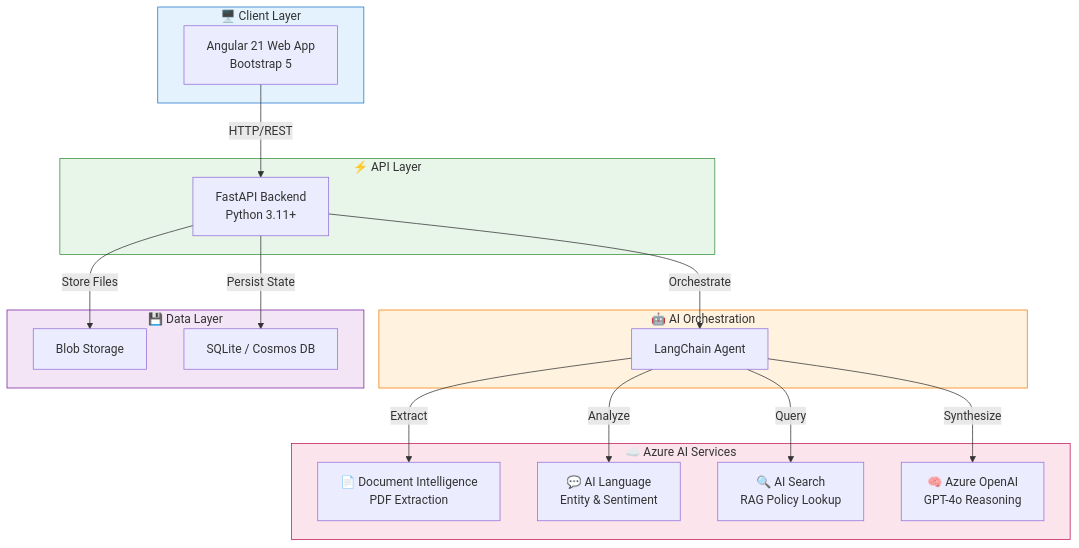
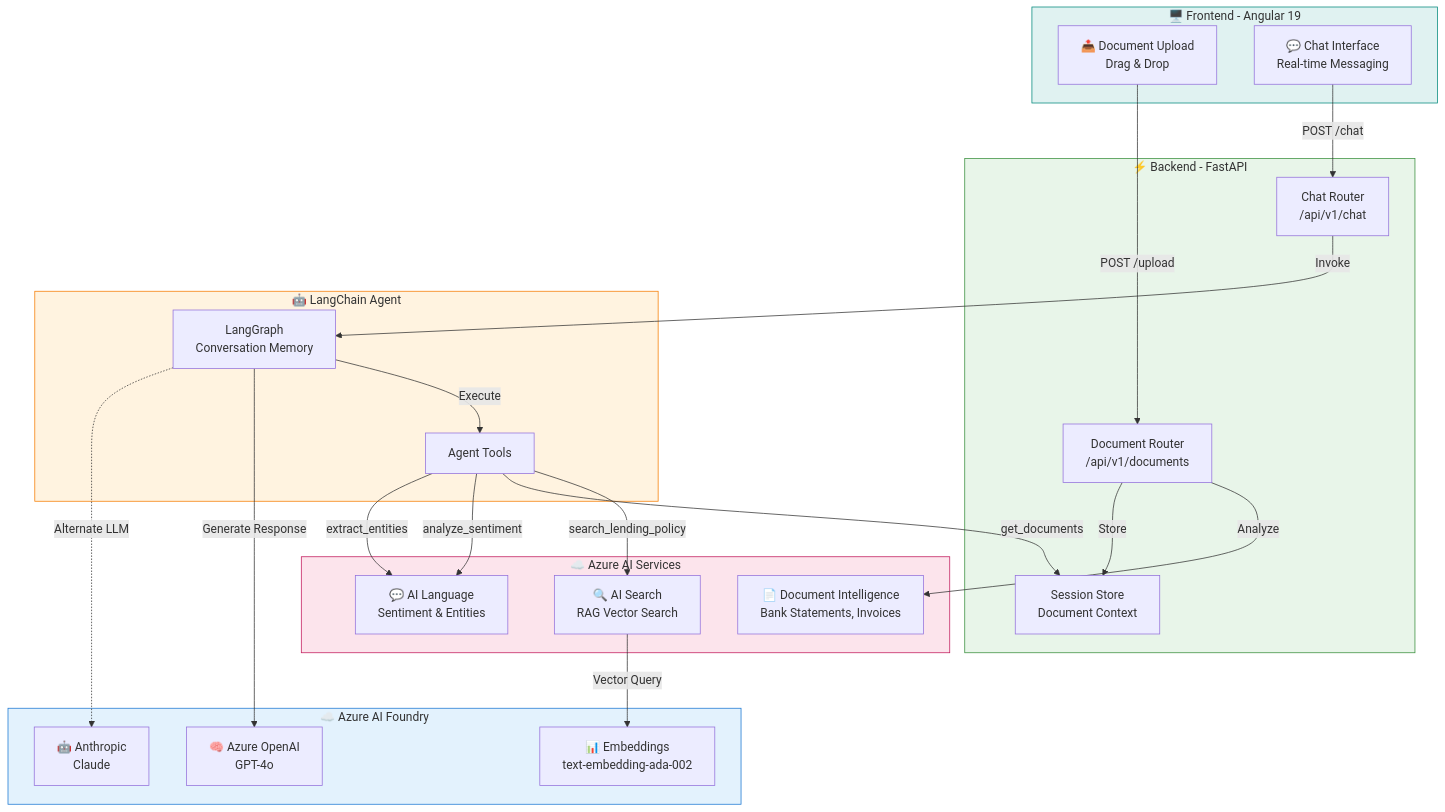
Before and after one commit to rajeswarandhandapani/ai-loan-processing-engine: the diagram in README.md, drawn with Mermaid. The commit also changed other lines of this file and 1 other file, not shown here.

Commit message:
README documentation enhanced with screenshots section showing main interface, document analysis, and chat conversation views, key features table added covering Document Intelligence, AI Chat Assistant, Policy RAG Search, Sentiment Analysis, Entity Extraction, and Session Management with corresponding Azure services, demo workflow section added with 5-step user journey from document upload through pre-qualification decision, architecture diagram updated with detailed component breakdown showing Fronten

````diff
--- a/README.md
+++ b/README.md
@@ -23,41 +58,50 @@
 ```mermaid
 flowchart TB
-    subgraph Client["🖥️ Client Layer"]
-        Web["Angular 21 Web App<br/>Bootstrap 5"]
+    subgraph Client["🖥️ Frontend - Angular 19"]
+        Upload["📤 Document Upload<br/>Drag & Drop"]
+        Chat["💬 Chat Interface<br/>Real-time Messaging"]
     end
 
-    subgraph API["⚡ API Layer"]
-        FastAPI["FastAPI Backend<br/>Python 3.11+"]
+    subgraph API["⚡ Backend - FastAPI"]
+        DocRouter["Document Router<br/>/api/v1/documents"]
+        ChatRouter["Chat Router<br/>/api/v1/chat"]
+        SessionStore["Session Store<br/>Document Context"]
     end
 
-    subgraph AI["🤖 AI Orchestration"]
-        Agent["LangChain Agent"]
+    subgraph Agent["🤖 LangChain Agent"]
+        LangGraph["LangGraph<br/>Conversation Memory"]
+        Tools["Agent Tools"]
+    end
+
+    subgraph Foundry["☁️ Azure AI Foundry"]
+        OpenAI["🧠 Azure OpenAI<br/>GPT-4o"]
+        Anthropic["🤖 Anthropic<br/>Claude"]
+        Embeddings["📊 Embeddings<br/>text-embedding-ada-002"]
     end
 
     subgraph Azure["☁️ Azure AI Services"]
-        DI["📄 Document Intelligence<br/>PDF Extraction"]
-        Lang["💬 AI Language<br/>Entity & Sentiment"]
-        Search["🔍 AI Search<br/>RAG Policy Lookup"]
-        OpenAI["🧠 Azure OpenAI<br/>GPT-4o Reasoning"]
+        DI["📄 Document Intelligence<br/>Bank Statements, Invoices"]
+        Lang["💬 AI Language<br/>Sentiment & Entities"]
+        Search["🔍 AI Search<br/>RAG Vector Search"]
     end
 
-    subgraph Data["💾 Data Layer"]
-        Storage["Blob Storage"]
-        DB["SQLite / Cosmos DB"]
-    end
+    Upload -->|POST /upload| DocRouter
+    Chat -->|POST /chat| ChatRouter
+    DocRouter -->|Analyze| DI
+    DocRouter -->|Store| SessionStore
+    ChatRouter -->|Invoke| LangGraph
+    LangGraph -->|Execute| Tools
+    Tools -->|"search_lending_policy"| Search
+    Tools -->|"get_documents"| SessionStore
+    Tools -->|"analyze_sentiment"| Lang
+    Tools -->|"extract_entities"| Lang
+    LangGraph -->|Generate Response| OpenAI
+    LangGraph -.->|Alternate LLM| Anthropic
+    Search -->|Vector Query| Embeddings
 
-    Web -->|HTTP/REST| FastAPI
-    FastAPI -->|Orchestrate| Agent
-    Agent -->|Extract| DI
-    Agent -->|Analyze| Lang
-    Agent -->|Query| Search
-    Agent -->|Synthesize| OpenAI
-    FastAPI -->|Store Files| Storage
-    FastAPI -->|Persist State| DB
-
-    style Client fill:#e3f2fd,stroke:#1976d2
+    style Client fill:#e0f2f1,stroke:#00897b
     style API fill:#e8f5e9,stroke:#388e3c
-    style AI fill:#fff3e0,stroke:#f57c00
+    style Agent fill:#fff3e0,stroke:#f57c00
+    style Foundry fill:#e3f2fd,stroke:#1976d2
     style Azure fill:#fce4ec,stroke:#c2185b
-    style Data fill:#f3e5f5,stroke:#7b1fa2
 ```
````
